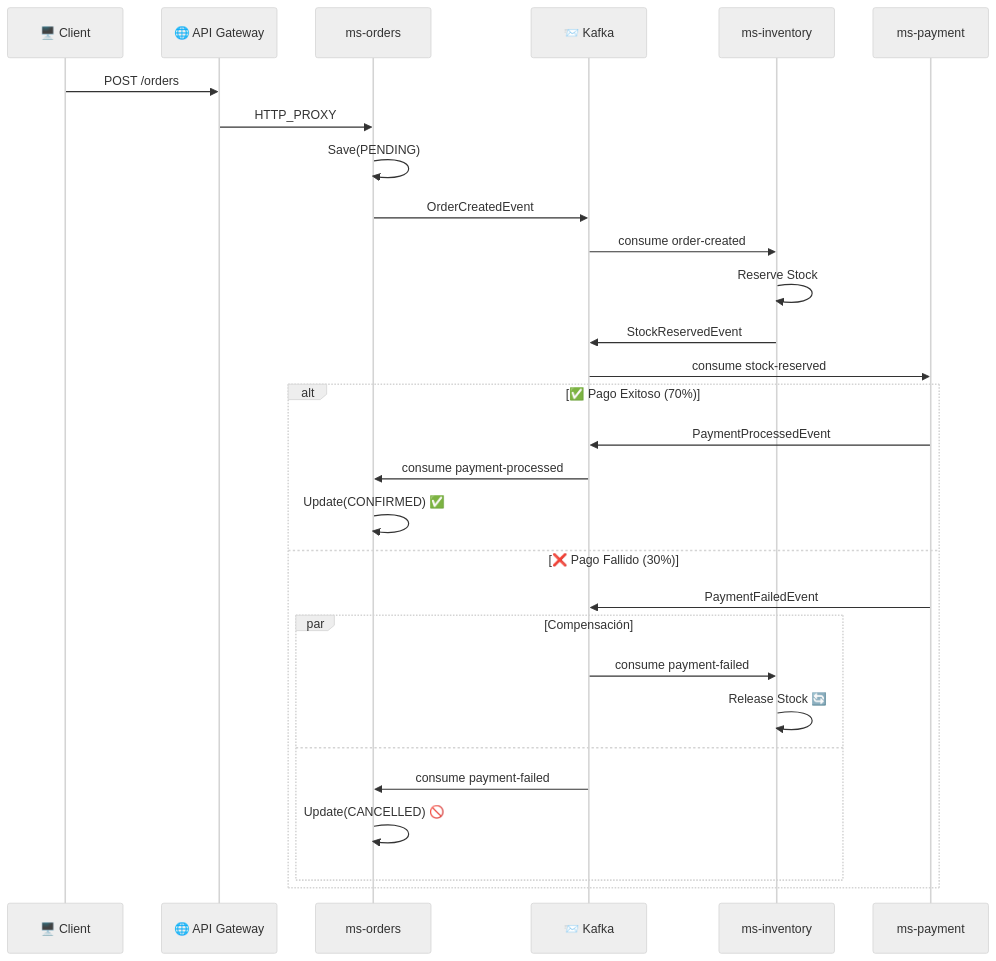
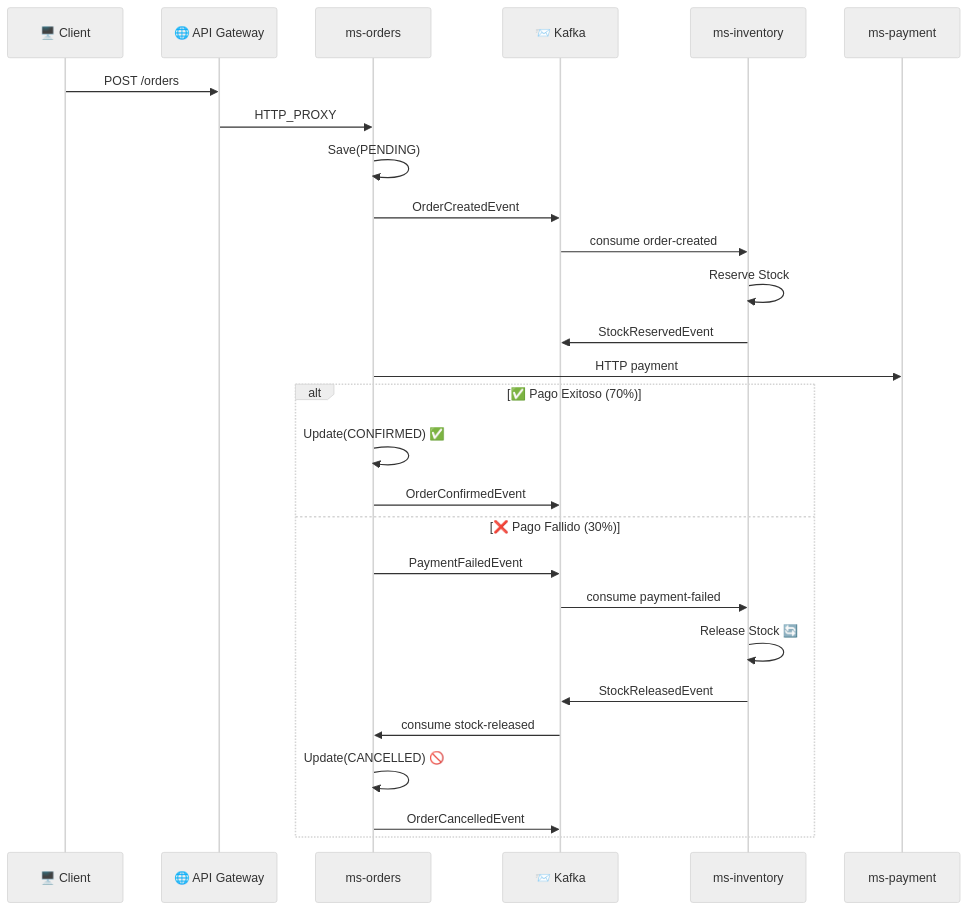
One commit to ManuLasker/enyoi_java_slides changed the second of 3 diagrams in lab_2_arka_microservicios_reactivos/docs/modulos/09-pruebas-e2e.md. Above: the diagram before and after it, drawn with Mermaid (neutral theme). The commit also changed other lines of this file and 2 other files, not shown here.

````diff
--- a/lab_2_arka_microservicios_reactivos/docs/modulos/09-pruebas-e2e.md
+++ b/lab_2_arka_microservicios_reactivos/docs/modulos/09-pruebas-e2e.md
@@ -330,35 +339,33 @@
 ```mermaid
 sequenceDiagram
     participant C as 🖥️ Client
     participant GW as 🌐 API Gateway
     participant O as ms-orders
     participant K as 📨 Kafka
     participant I as ms-inventory
     participant P as ms-payment
 
     C->>GW: POST /orders
     GW->>O: HTTP_PROXY
     O->>O: Save(PENDING)
     O->>K: OrderCreatedEvent
 
     K->>I: consume order-created
     I->>I: Reserve Stock
     I->>K: StockReservedEvent
 
-    K->>P: consume stock-reserved
+    O->>P: HTTP payment
 
     alt ✅ Pago Exitoso (70%)
-        P->>K: PaymentProcessedEvent
-        K->>O: consume payment-processed
-        O->>O: Update(CONFIRMED) ✅
+      O->>O: Update(CONFIRMED) ✅
+      O->>K: OrderConfirmedEvent
     else ❌ Pago Fallido (30%)
-        P->>K: PaymentFailedEvent
-        par Compensación
-            K->>I: consume payment-failed
-            I->>I: Release Stock 🔄
-        and
-            K->>O: consume payment-failed
-            O->>O: Update(CANCELLED) 🚫
-        end
+      O->>K: PaymentFailedEvent
+      K->>I: consume payment-failed
+      I->>I: Release Stock 🔄
+      I->>K: StockReleasedEvent
+      K->>O: consume stock-released
+      O->>O: Update(CANCELLED) 🚫
+      O->>K: OrderCancelledEvent
     end
 ```
````
